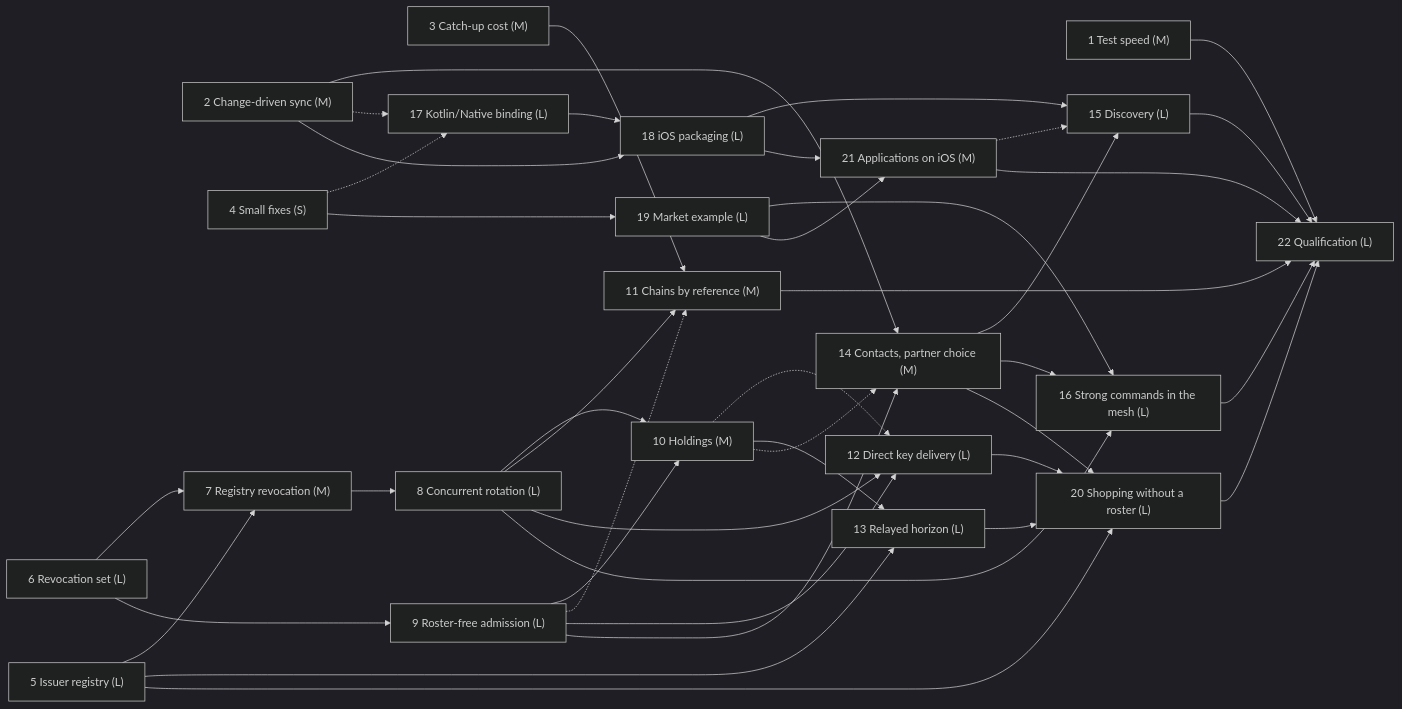
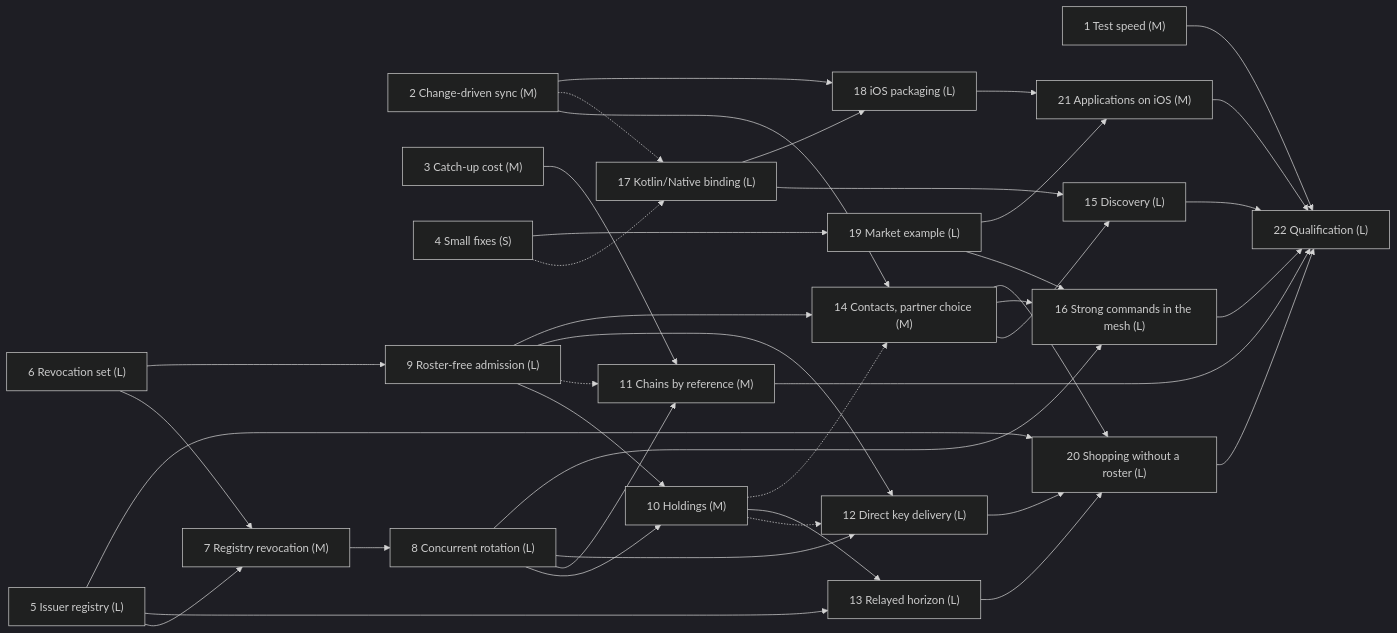
The diagram in docs/features_07/README.md (BierDav/rocky), drawn with Mermaid (dark theme) before and after one commit. The commit also changed other lines of this file and 6 other files, not shown here.

````diff
--- a/docs/features_07/README.md
+++ b/docs/features_07/README.md
@@ -82,66 +83,65 @@
 ```mermaid
 flowchart LR
     P1["1 Test speed (M)"]
     P2["2 Change-driven sync (M)"]
     P3["3 Catch-up cost (M)"]
     P4["4 Small fixes (S)"]
     P5["5 Issuer registry (L)"]
     P6["6 Revocation set (L)"]
     P7["7 Registry revocation (M)"]
     P8["8 Concurrent rotation (L)"]
     P9["9 Roster-free admission (L)"]
     P10["10 Holdings (M)"]
     P11["11 Chains by reference (M)"]
     P12["12 Direct key delivery (L)"]
     P13["13 Relayed horizon (L)"]
     P14["14 Contacts, partner choice (M)"]
     P15["15 Discovery (L)"]
     P16["16 Strong commands in the mesh (L)"]
     P17["17 Kotlin/Native binding (L)"]
     P18["18 iOS packaging (L)"]
     P19["19 Market example (L)"]
     P20["20 Shopping without a roster (L)"]
     P21["21 Applications on iOS (M)"]
     P22["22 Qualification (L)"]
 
     P5 --> P7
     P6 --> P7
     P7 --> P8
     P6 --> P9
     P8 --> P10
     P9 --> P10
     P3 --> P11
     P8 --> P11
     P9 -.-> P11
     P8 --> P12
     P9 --> P12
     P10 -.-> P12
     P5 --> P13
     P10 --> P13
     P2 --> P14
     P9 --> P14
     P10 -.-> P14
     P14 --> P15
-    P18 --> P15
-    P21 -.-> P15
+    P17 --> P15
     P8 --> P16
     P14 --> P16
     P19 --> P16
     P2 -.-> P17
     P4 -.-> P17
     P2 --> P18
     P17 --> P18
     P4 --> P19
     P5 --> P20
     P12 --> P20
     P13 --> P20
     P14 --> P20
     P18 --> P21
     P19 --> P21
     P1 --> P22
     P11 --> P22
     P15 --> P22
     P16 --> P22
     P20 --> P22
     P21 --> P22
 ```
````
